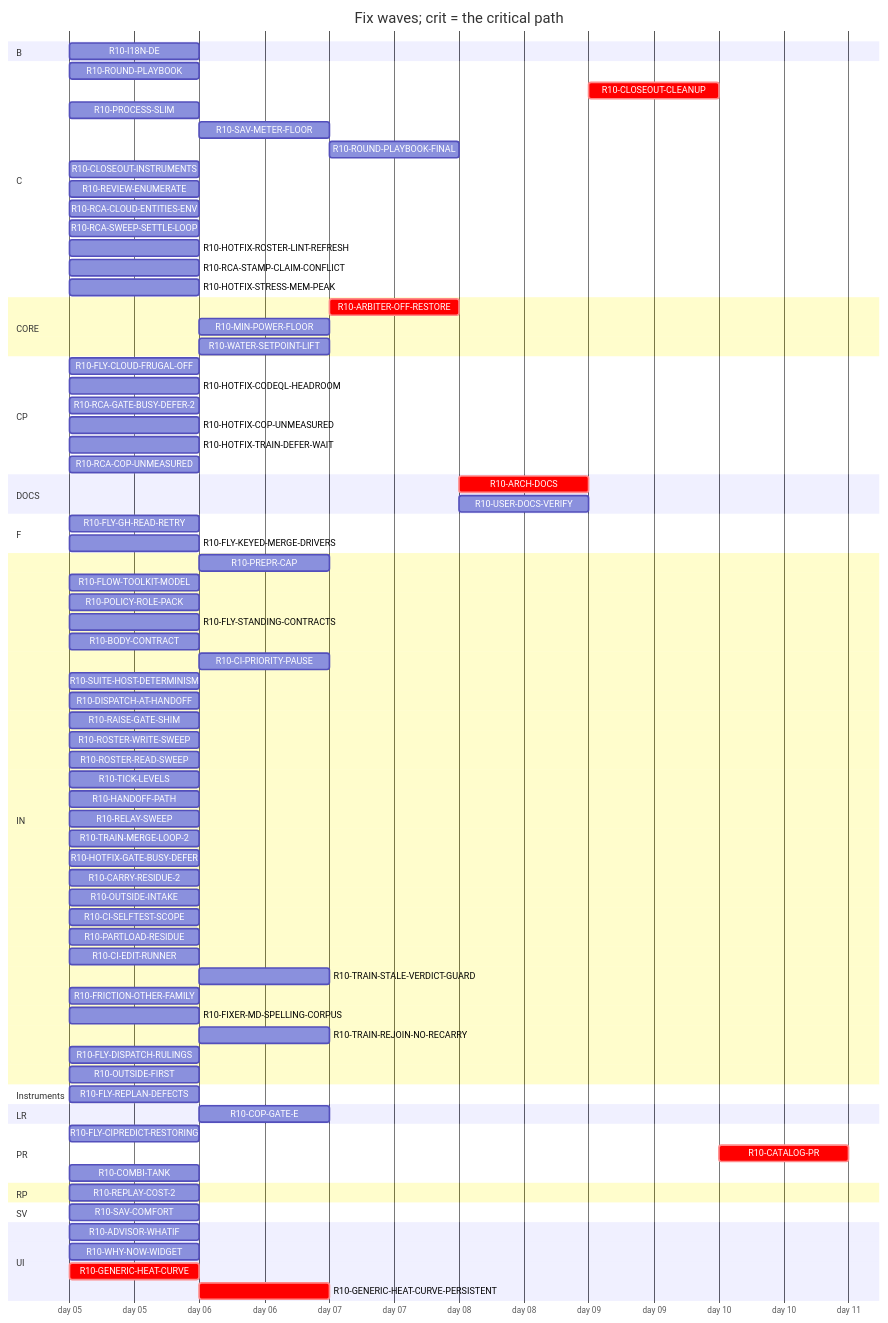
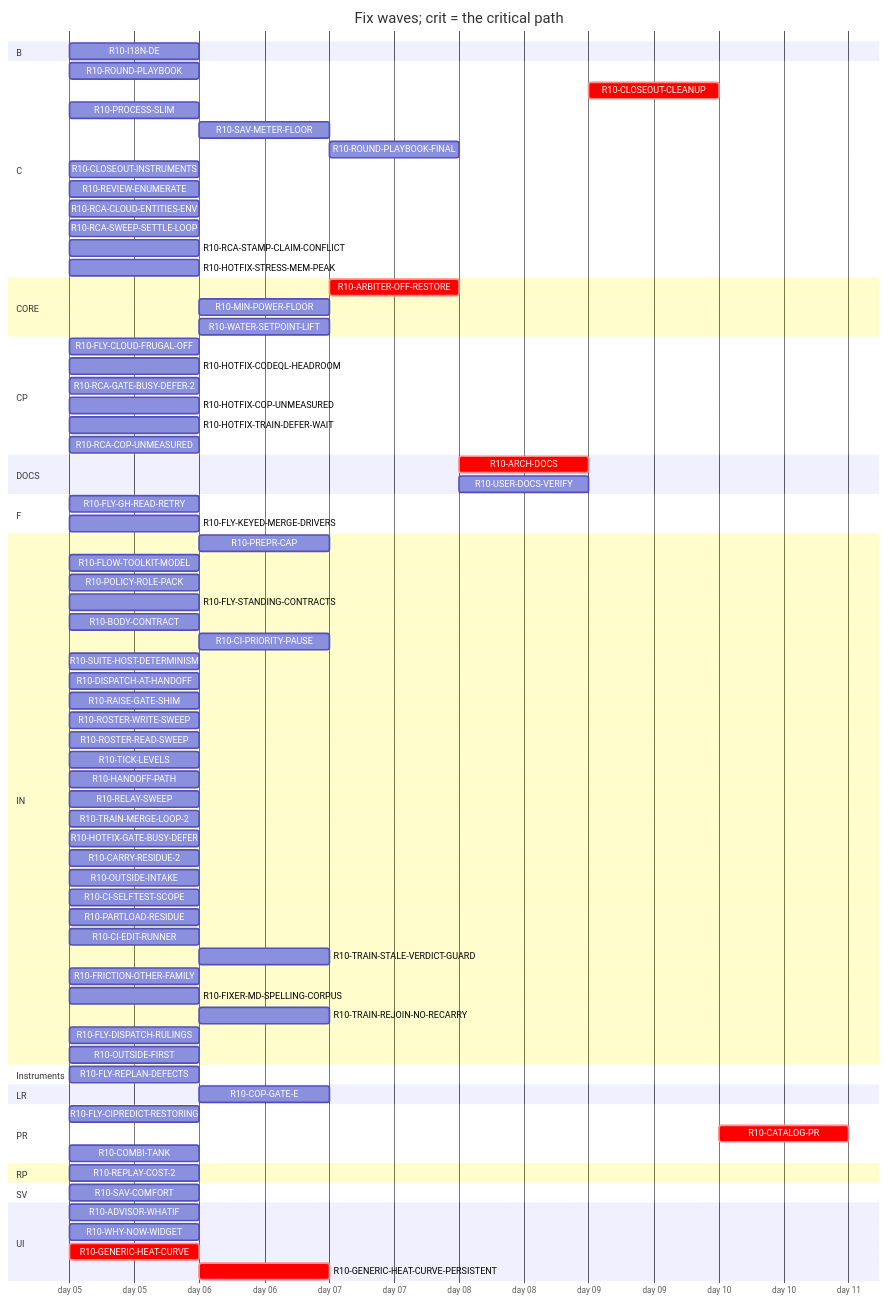
The diagram in handoff/round10/state/PLAN-TABLE.md (tvofi/heatpump_optimizer), drawn with Mermaid before and after one commit. The commit also changed other lines of this file and 3 other files, not shown here.

Commit message:
state: FLOW-BOARD.md, NEXT-SESSION-PROMPT.md, PLAN-TABLE.md, RESUME-CURRENT.md regenerated (state_docs.py)

```diff
--- a/handoff/round10/state/PLAN-TABLE.md
+++ b/handoff/round10/state/PLAN-TABLE.md
@@ -40,7 +40,6 @@
     R10-REVIEW-ENUMERATE :r10REVIEWENUMERATE, 2026-01-05, 1d
     R10-RCA-CLOUD-ENTITIES-ENV :r10RCACLOUDENTITIESENV, 2026-01-05, 1d
     R10-RCA-SWEEP-SETTLE-LOOP :r10RCASWEEPSETTLELOOP, 2026-01-05, 1d
-    R10-HOTFIX-ROSTER-LINT-REFRESH :r10HOTFIXROSTERLINTREFRESH, 2026-01-05, 1d
     R10-RCA-STAMP-CLAIM-CONFLICT :r10RCASTAMPCLAIMCONFLICT, 2026-01-05, 1d
     R10-HOTFIX-STRESS-MEM-PEAK :r10HOTFIXSTRESSMEMPEAK, 2026-01-05, 1d
   section CORE
```
